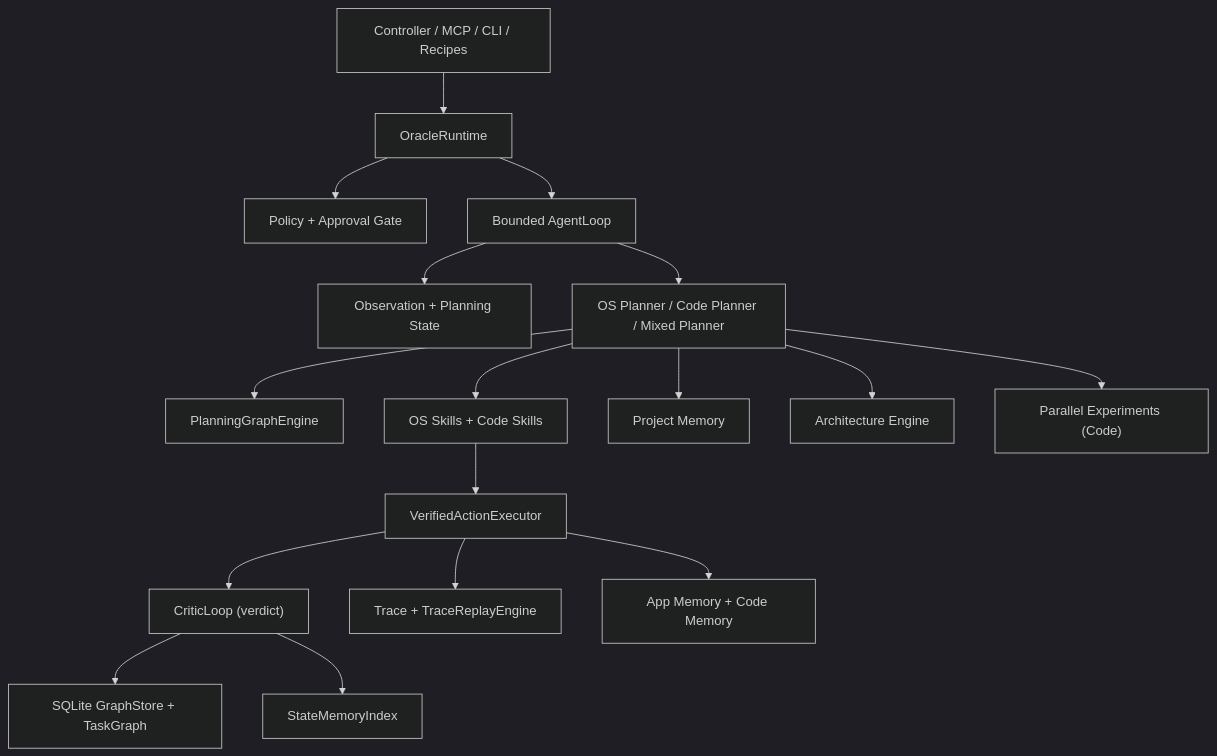
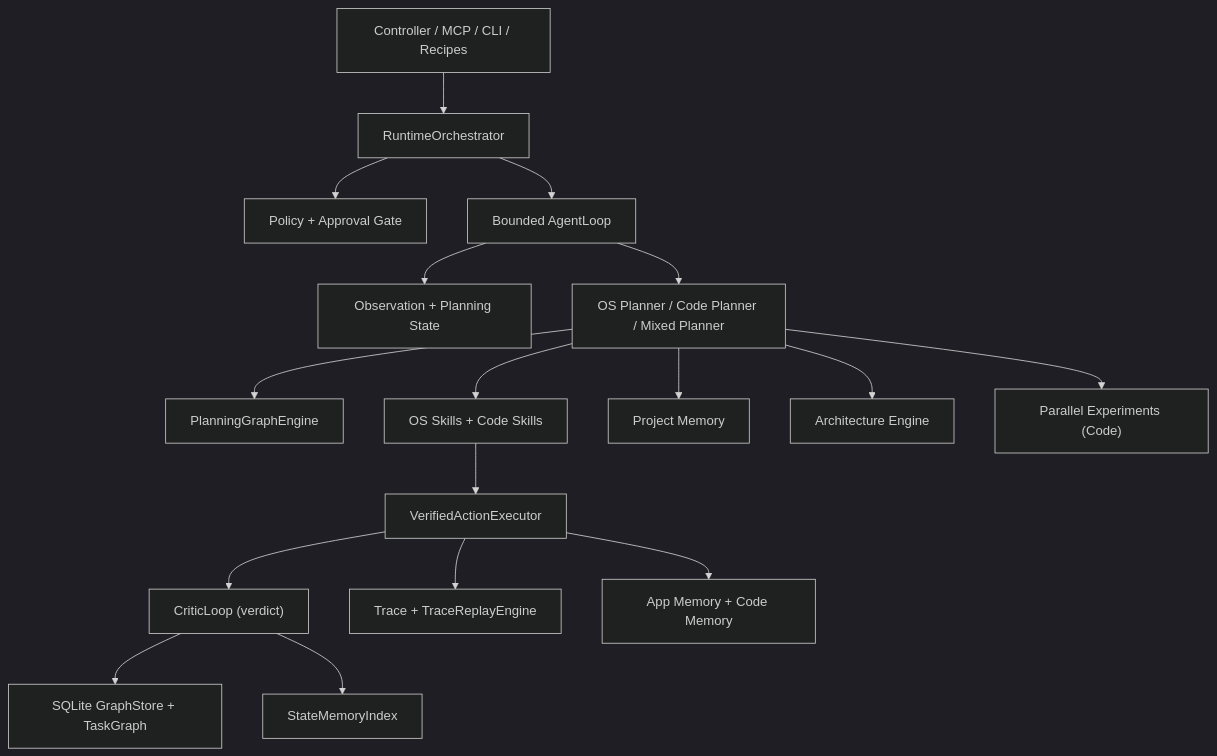
One commit to dawsonblock/Oracle-OS changed the diagram in README.md. Above: the diagram before and after it, drawn with Mermaid (dark theme). The commit also changed 10 other files, not shown here.

Commit message:
Phase 13: Architectural optimizations, TraceAccumulator, and RuntimeOrchestrator transition

````diff
--- a/README.md
+++ b/README.md
@@ -97,19 +97,19 @@
 ```mermaid
 graph TD
-    Surface["Controller / MCP / CLI / Recipes"] --> Runtime["OracleRuntime"]
+    Surface["Controller / MCP / CLI / Recipes"] --> Runtime["RuntimeOrchestrator"]
     Runtime --> Policy["Policy + Approval Gate"]
     Runtime --> Loop["Bounded AgentLoop"]
     Loop --> Observation["Observation + Planning State"]
     Loop --> Planner["OS Planner / Code Planner / Mixed Planner"]
     Planner --> PG["PlanningGraphEngine"]
     Planner --> Skills["OS Skills + Code Skills"]
     Skills --> Exec["VerifiedActionExecutor"]
     Exec --> Critic["CriticLoop (verdict)"]
     Critic --> Graph["SQLite GraphStore + TaskGraph"]
     Critic --> SM["StateMemoryIndex"]
     Exec --> Trace["Trace + TraceReplayEngine"]
     Exec --> Memory["App Memory + Code Memory"]
     Planner --> PM["Project Memory"]
     Planner --> Arch["Architecture Engine"]
     Planner --> Exp["Parallel Experiments (Code)"]
 ```
````
